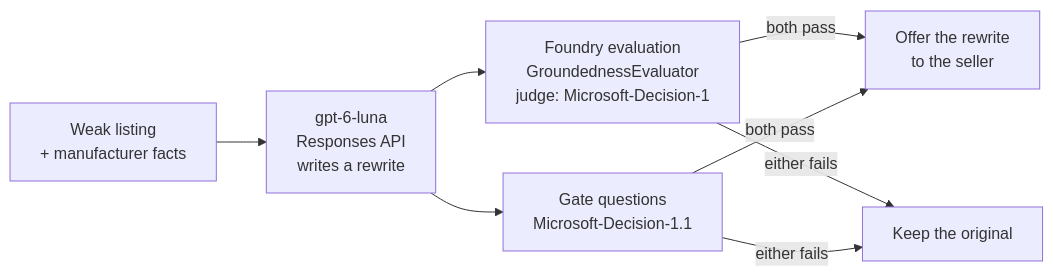
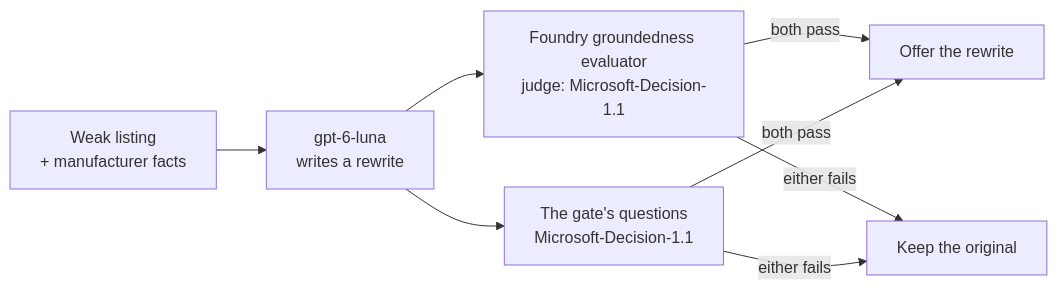
One commit to Digvijay/MicroHack changed the diagram in 03-Azure/01-04-AI/14_Decision_Models_Retail_Marketplace/challenges/challenge-06.md. Above: the diagram before and after it, drawn with Mermaid. The commit also changed other lines of this file and 36 other files, not shown here.

````diff
--- a/03-Azure/01-04-AI/14_Decision_Models_Retail_Marketplace/challenges/challenge-06.md
+++ b/03-Azure/01-04-AI/14_Decision_Models_Retail_Marketplace/challenges/challenge-06.md
@@ -21,8 +18,8 @@
 ```mermaid
 flowchart LR
-    W[Weak listing<br/>+ manufacturer facts] --> G[gpt-6-luna<br/>Responses API<br/>writes a rewrite]
-    G --> E[Foundry evaluation<br/>GroundednessEvaluator<br/>judge: Microsoft-Decision-1]
-    G --> Q[Gate questions<br/>Microsoft-Decision-1.1]
-    E & Q -->|both pass| O[Offer the rewrite<br/>to the seller]
+    W[Weak listing<br/>+ manufacturer facts] --> G[gpt-6-luna<br/>writes a rewrite]
+    G --> E[Foundry groundedness evaluator<br/>judge: Microsoft-Decision-1.1]
+    G --> Q[The gate's questions<br/>Microsoft-Decision-1.1]
+    E & Q -->|both pass| O[Offer the rewrite]
     E & Q -->|either fails| K[Keep the original]
 ```
````
